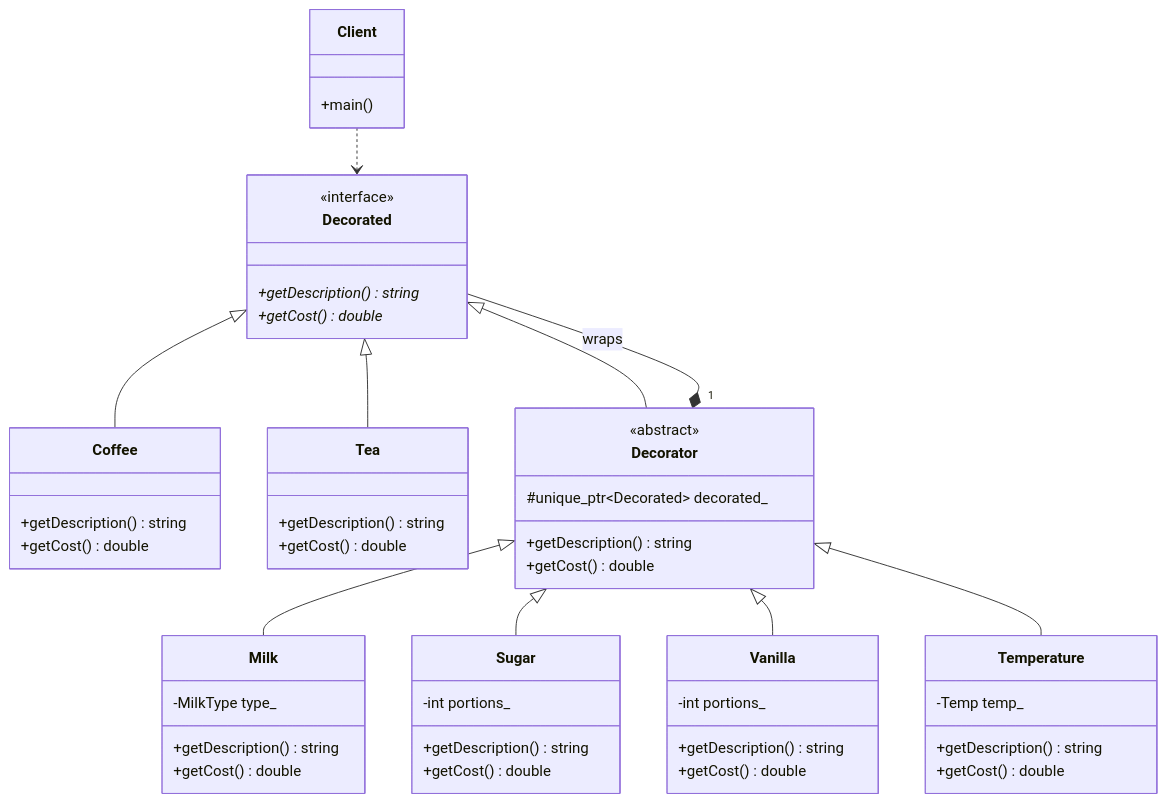
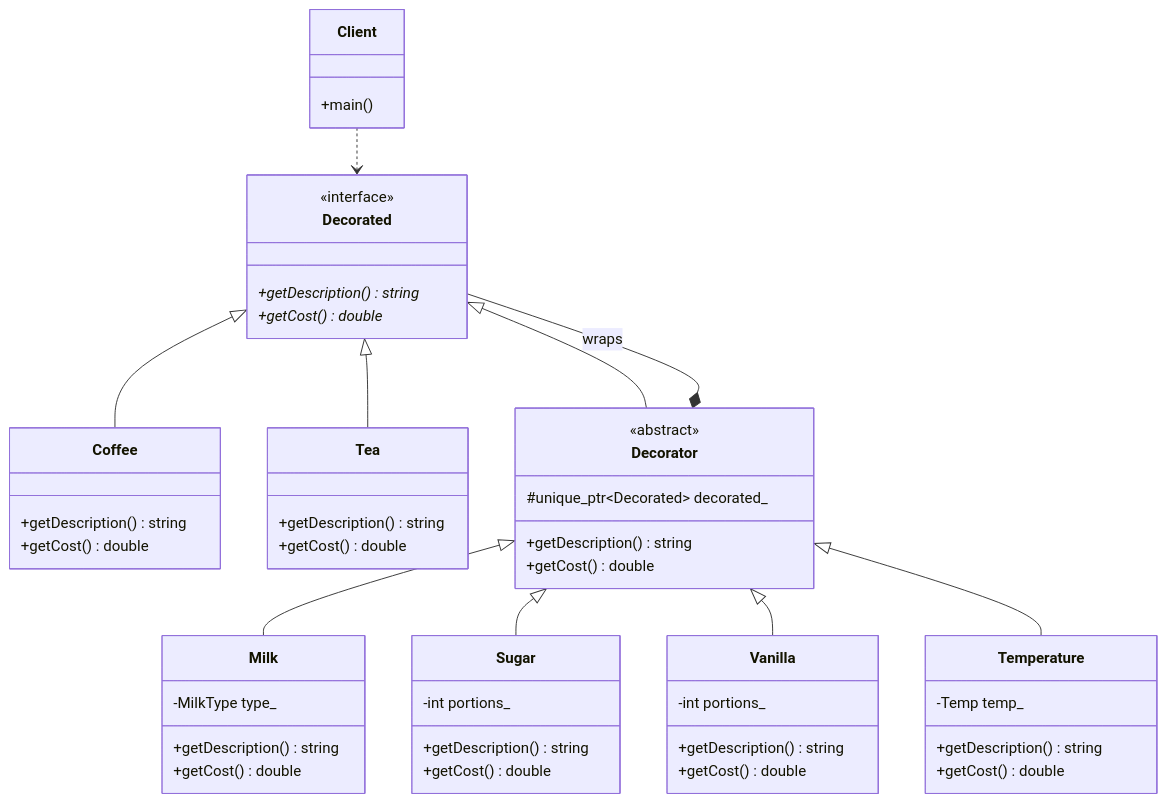
One commit to Cichlidfishexigency721/Modern-CPP-Design-Patterns changed the diagram in 11_Decorator/02_Advanced/diagram.md. Above: the diagram before and after it, drawn with Mermaid. The commit also changed 22 other files, not shown here.

Commit message:
UML improvement

````diff
--- a/11_Decorator/02_Advanced/diagram.md
+++ b/11_Decorator/02_Advanced/diagram.md
@@ -3,69 +3,69 @@
 ```mermaid
 classDiagram
    class Decorated {
       <<interface>>
       +getDescription()* string
       +getCost()* double
    }
 
    class Coffee {
       +getDescription() string
       +getCost() double
    }
 
    class Tea {
       +getDescription() string
       +getCost() double
    }
 
    class Decorator {
       <<abstract>>
       #unique_ptr~Decorated~ decorated_
       +getDescription() string
       +getCost() double
    }
 
    class Milk {
       -MilkType type_
       +getDescription() string
       +getCost() double
    }
 
    class Sugar {
       -int portions_
       +getDescription() string
       +getCost() double
    }
 
    class Vanilla {
       -int portions_
       +getDescription() string
       +getCost() double
    }
 
    class Temperature {
       -Temp temp_
       +getDescription() string
       +getCost() double
    }
 
    class Client {
       +main()
    }
 
    %% Inheritance (Is_a) - No numbers
    Decorated <|-- Coffee
    Decorated <|-- Tea
    Decorated <|-- Decorator
    Decorator <|-- Milk
    Decorator <|-- Sugar
    Decorator <|-- Vanilla
    Decorator <|-- Temperature
 
    %% The "Is a" and "Has a" core logic
-   %% Composition (Has_a) - Multiplicity "1" at the end
-   Decorator "1" *-- Decorated : wraps
+   %% Composition (Has_a)
+   Decorator *-- Decorated : wraps
 
    %% Dependency - No numbers
    Client ..> Decorated
 ```
````
